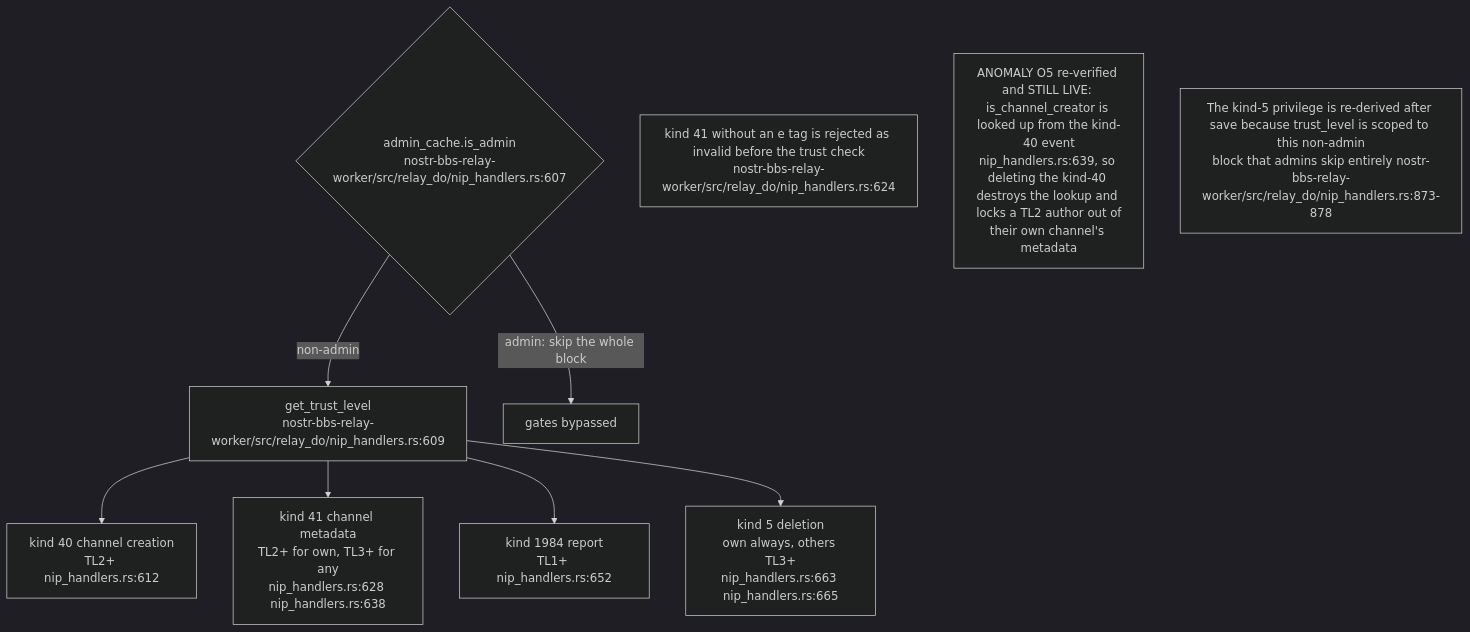
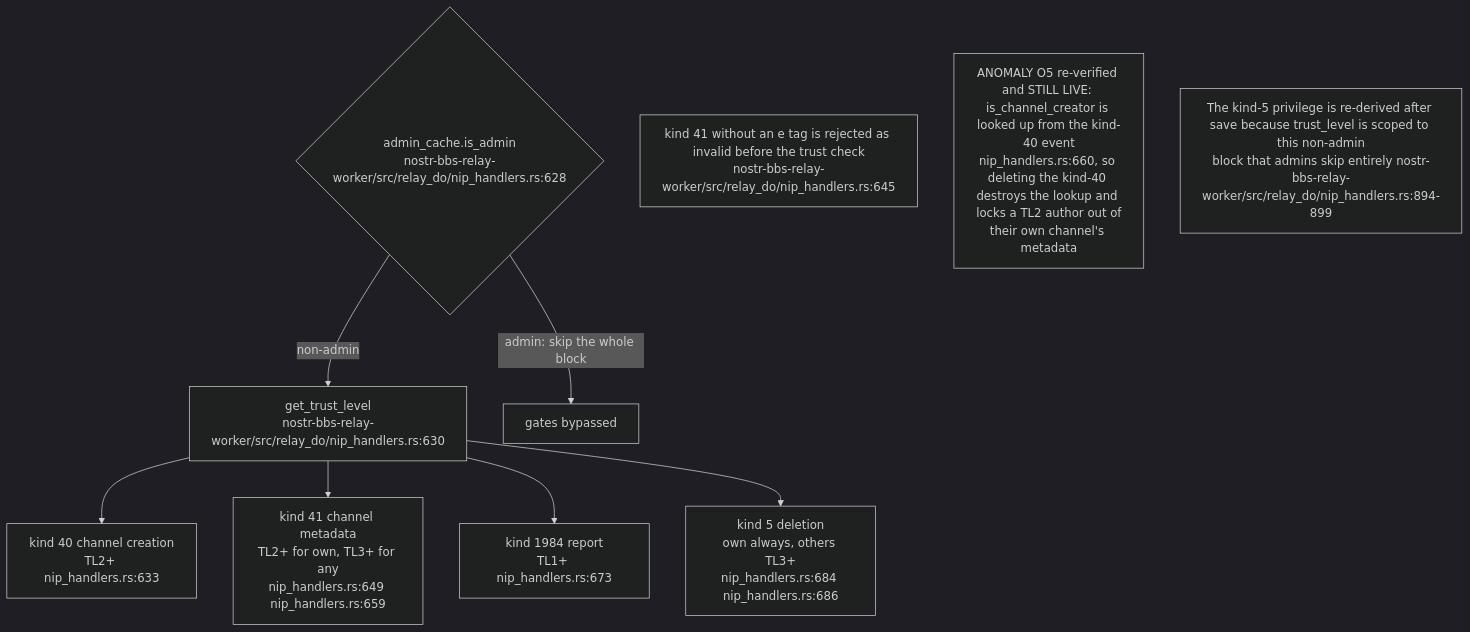
Before and after one commit to DreamLab-AI/VisionFlow: the seventh of 13 diagrams in docs/diagrams/nostr-rust-forum/03-relay-worker-admission-auth-and-trust.md, drawn with Mermaid (dark theme). The commit also changed other lines of this file and 51 other files, not shown here.

First line of the commit message:
docs(diagrams): agentbox AB-01..13 re-attested anchor by anchor (980 anchors, 22 defects); checkpoint against an out-of-mesh writer

````diff
--- a/docs/diagrams/nostr-rust-forum/03-relay-worker-admission-auth-and-trust.md
+++ b/docs/diagrams/nostr-rust-forum/03-relay-worker-admission-auth-and-trust.md
@@ -184,16 +184,16 @@
 ```mermaid
 flowchart TB
-    ADMIN{"admin_cache.is_admin<br/>nostr-bbs-relay-worker/src/relay_do/nip_handlers.rs:607"}
-    TL["get_trust_level<br/>nostr-bbs-relay-worker/src/relay_do/nip_handlers.rs:609"]
-    K40["kind 40 channel creation<br/>TL2+ nip_handlers.rs:612"]
-    K41["kind 41 channel metadata<br/>TL2+ for own, TL3+ for any<br/>nip_handlers.rs:628 nip_handlers.rs:638"]
-    K1984["kind 1984 report<br/>TL1+ nip_handlers.rs:652"]
-    K5["kind 5 deletion<br/>own always, others TL3+<br/>nip_handlers.rs:663 nip_handlers.rs:665"]
+    ADMIN{"admin_cache.is_admin<br/>nostr-bbs-relay-worker/src/relay_do/nip_handlers.rs:628"}
+    TL["get_trust_level<br/>nostr-bbs-relay-worker/src/relay_do/nip_handlers.rs:630"]
+    K40["kind 40 channel creation<br/>TL2+ nip_handlers.rs:633"]
+    K41["kind 41 channel metadata<br/>TL2+ for own, TL3+ for any<br/>nip_handlers.rs:649 nip_handlers.rs:659"]
+    K1984["kind 1984 report<br/>TL1+ nip_handlers.rs:673"]
+    K5["kind 5 deletion<br/>own always, others TL3+<br/>nip_handlers.rs:684 nip_handlers.rs:686"]
 
     ADMIN -->|"admin: skip the whole block"| SKIP["gates bypassed"]
     ADMIN -->|"non-admin"| TL --> K40 & K41 & K1984 & K5
 
-    N1["kind 41 without an e tag is rejected as invalid before the trust check<br/>nostr-bbs-relay-worker/src/relay_do/nip_handlers.rs:624"]
-    N2["ANOMALY O5 re-verified and STILL LIVE: is_channel_creator is looked up from the kind-40 event<br/>nip_handlers.rs:639, so deleting the kind-40 destroys the lookup and locks a TL2 author out of<br/>their own channel's metadata"]
-    N3["The kind-5 privilege is re-derived after save because trust_level is scoped to this non-admin<br/>block that admins skip entirely nostr-bbs-relay-worker/src/relay_do/nip_handlers.rs:873-878"]
+    N1["kind 41 without an e tag is rejected as invalid before the trust check<br/>nostr-bbs-relay-worker/src/relay_do/nip_handlers.rs:645"]
+    N2["ANOMALY O5 re-verified and STILL LIVE: is_channel_creator is looked up from the kind-40 event<br/>nip_handlers.rs:660, so deleting the kind-40 destroys the lookup and locks a TL2 author out of<br/>their own channel's metadata"]
+    N3["The kind-5 privilege is re-derived after save because trust_level is scoped to this non-admin<br/>block that admins skip entirely nostr-bbs-relay-worker/src/relay_do/nip_handlers.rs:894-899"]
 ```
````
